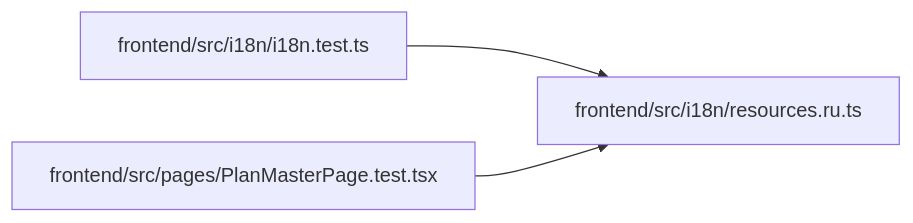
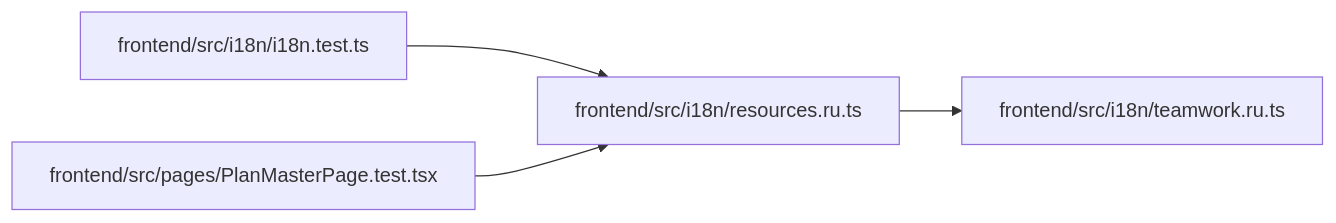
The diagram in docs/llm_wiki/modules/resources.ru.md (Denissvgn/WorkChord), drawn with Mermaid before and after one commit. The commit also changed other lines of this file and 1888 other files, not shown here.

````diff
--- a/docs/llm_wiki/modules/resources.ru.md
+++ b/docs/llm_wiki/modules/resources.ru.md
@@ -19,11 +25,14 @@
 ```mermaid
 flowchart LR
     n0["frontend/src/i18n/i18n.test.ts"]
     n1["frontend/src/i18n/resources.ru.ts"]
-    n2["frontend/src/pages/PlanMasterPage.test.tsx"]
+    n2["frontend/src/i18n/teamwork.ru.ts"]
+    n3["frontend/src/pages/PlanMasterPage.test.tsx"]
     n0 --> n1
-    n2 --> n1
+    n1 --> n2
+    n3 --> n1
     click n0 "../modules/i18n.test.md"
     click n1 "../modules/resources.ru.md"
-    click n2 "../modules/PlanMasterPage.test.md"
+    click n2 "../modules/teamwork.ru.md"
+    click n3 "../modules/PlanMasterPage.test.md"
 ```
````
